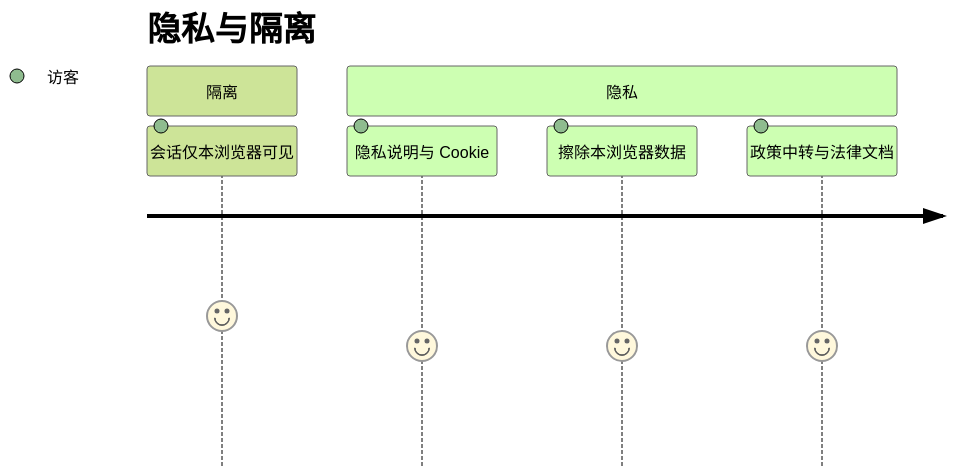
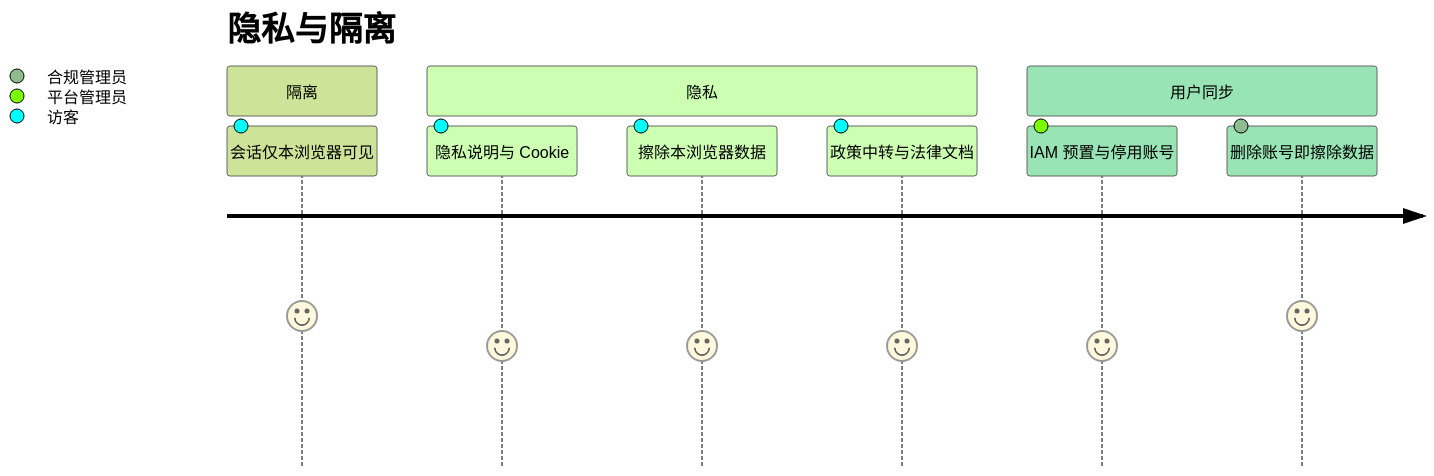
Before and after one commit to felixzhu97/explore-ai: the second of 4 diagrams in docs/product-owner/User-Story-Map.md, drawn with Mermaid (forest theme). The commit also changed other lines of this file and 14 other files, not shown here.

````diff
--- a/docs/product-owner/User-Story-Map.md
+++ b/docs/product-owner/User-Story-Map.md
@@ -42,10 +42,13 @@
 ```mermaid
 journey
     title 隐私与隔离
     section 隔离
         会话仅本浏览器可见: 5: 访客
     section 隐私
         隐私说明与 Cookie: 4: 访客
         擦除本浏览器数据: 4: 访客
         政策中转与法律文档: 4: 访客
+    section 用户同步
+        IAM 预置与停用账号: 4: 平台管理员
+        删除账号即擦除数据: 5: 合规管理员
 ```
````
